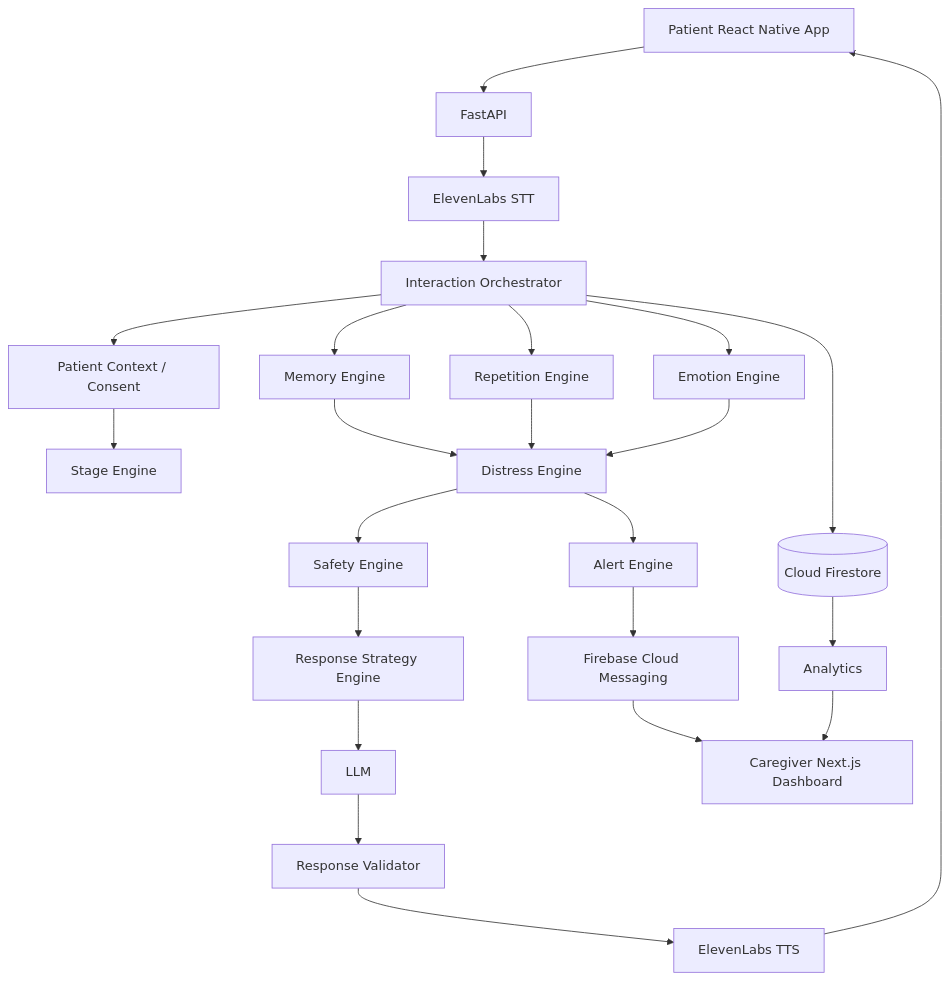
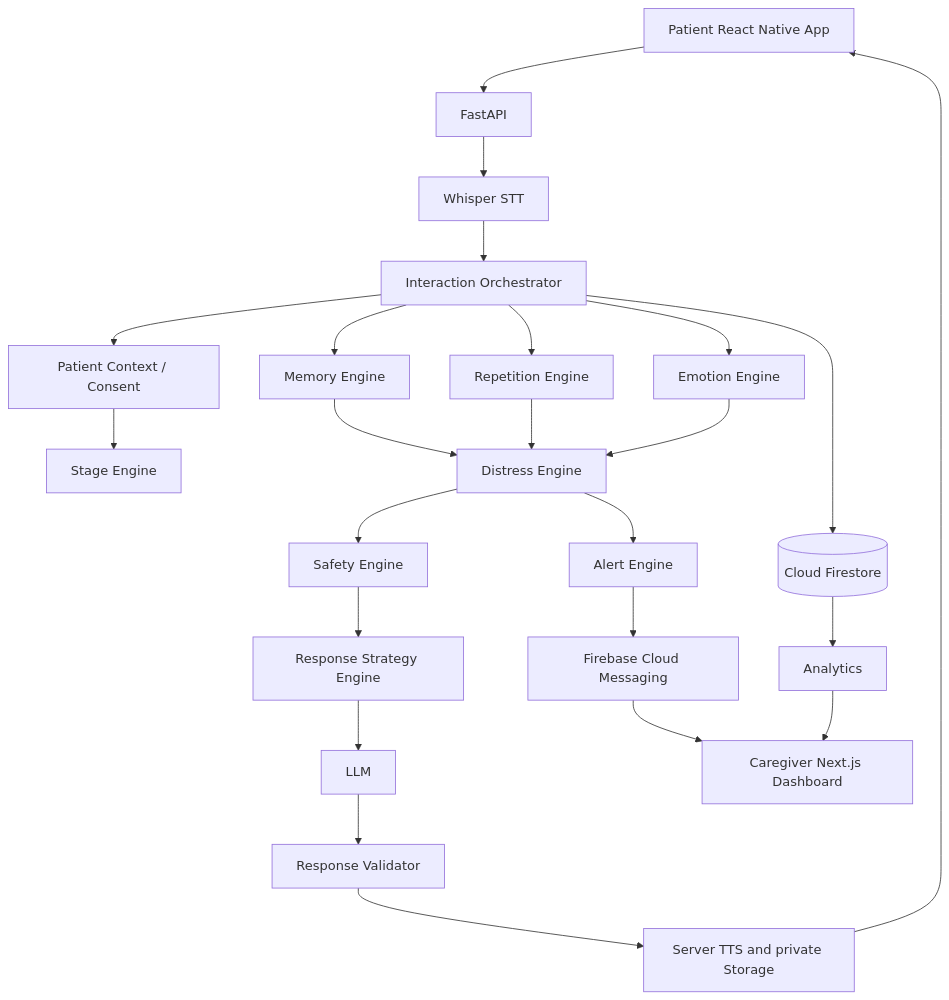
One commit to madhesh935/SEC changed the diagram in backend/README.md. Above: the diagram before and after it, drawn with Mermaid. The commit also changed other lines of this file and 184 other files, not shown here.

````diff
--- a/backend/README.md
+++ b/backend/README.md
@@ -15,26 +17,26 @@
 ```mermaid
 flowchart TD
     A[Patient React Native App] --> B[FastAPI]
-    B --> C[ElevenLabs STT]
+    B --> C[Whisper STT]
     C --> D[Interaction Orchestrator]
     D --> E[Patient Context / Consent]
     D --> F[Memory Engine]
     D --> G[Repetition Engine]
     D --> H[Emotion Engine]
     E --> I[Stage Engine]
     F --> J[Distress Engine]
     G --> J
     H --> J
     J --> K[Safety Engine]
     K --> L[Response Strategy Engine]
     L --> M[LLM]
     M --> N[Response Validator]
-    N --> O[ElevenLabs TTS]
+    N --> O[Server TTS and private Storage]
     O --> A
     D --> P[(Cloud Firestore)]
     P --> Q[Analytics]
     Q --> R[Caregiver Next.js Dashboard]
     J --> S[Alert Engine]
     S --> T[Firebase Cloud Messaging]
     T --> R
 ```
````
